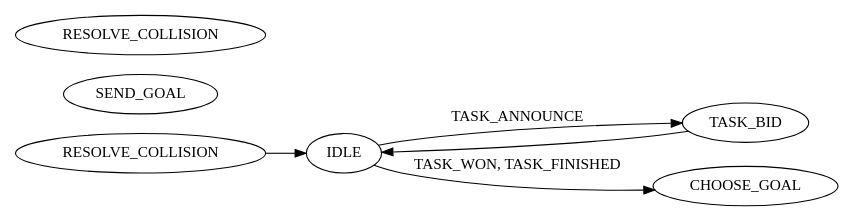
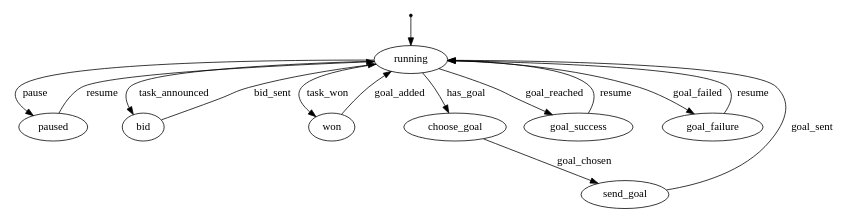
The diagram in docs/robot-controller-states.dot (nitsuga/MRTeAm), drawn with Graphviz before and after one commit. The commit also changed 2 other files, not shown here.

Commit message:
Updated robot controller state machine diagram (in docs/). Set up Fysom state machine.

```diff
--- a/docs/robot-controller-states.dot
+++ b/docs/robot-controller-states.dot
@@ -1,20 +1,42 @@
 digraph robot_controller {
-	rankdir=LR;
-	size="8,5"
+#	rankdir=LR;
+	size="8,12"
 
-#	node [style=invis] START;
-	node [shape=ellipse, label="IDLE"] IDLE;
-	node [shape=ellipse, label="TASK_BID"] TASK_BID;
-	node [shape=ellipse, label="CHOOSE_GOAL"] CHOOSE_GOAL;
-	node [shape=ellipse, label="SEND_GOAL"] SEND_GOAL;
-	node [shape=ellipse, label="RESOLVE_COLLISION"] RESOLVE_COLLISION;
+	# node [style=invis] START;
+	node [shape=ellipse, label="running"] running;
+	node [shape=ellipse, label="paused"] paused;
+	node [shape=ellipse, label="bid"] bid;
+	node [shape=ellipse, label="won"] won;
+	node [shape=ellipse, label="choose_goal"] choose_goal;
+	node [shape=ellipse, label="send_goal"] send_goal;
+	node [shape=ellipse, label="goal_success"] goal_success;
+	node [shape=ellipse, label="goal_failure"] goal_failure;
+	node [shape=point] start;
 	
-	
-	START       -> IDLE;
-	IDLE        -> TASK_BID [label="TASK_ANNOUNCE"];
-	TASK_BID    -> IDLE;
-	IDLE        -> CHOOSE_GOAL [label="TASK_WON, TASK_FINISHED"];
-#	CHOOSE_GOAL -> SEND_GOAL;
-	
+	start        -> running;
+	running      -> choose_goal [label="has_goal"];
+
+	# Make a bid
+	running      -> bid [label="task_announced"];
+	bid          -> running [label="bid_sent"];
+
+	# Task won; add to agenda
+	running      -> won [label="task_won"];
+	won          -> running [label="goal_added"];
+
+	# Agenda is non-empty; choose a goal and go to it.
+	choose_goal  -> send_goal [label="goal_chosen"];
+	send_goal    -> running [label="goal_sent"];
+
+	# Pause/resume
+	running      -> paused [label="pause"];
+	paused       -> running [label="resume"];
+
+	# Success/failure
+	running      -> goal_success [label="goal_reached"];
+	goal_success -> running [label="resume"];
+
+	running      -> goal_failure [label="goal_failed"];
+	goal_failure -> running [label="resume"];
 	
 }
```
